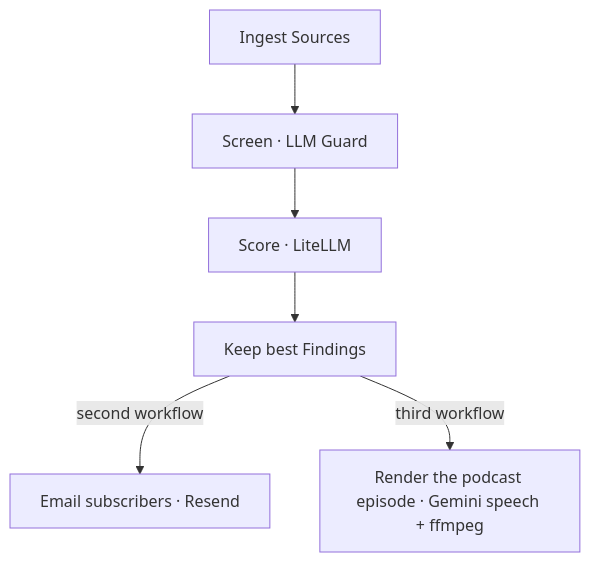
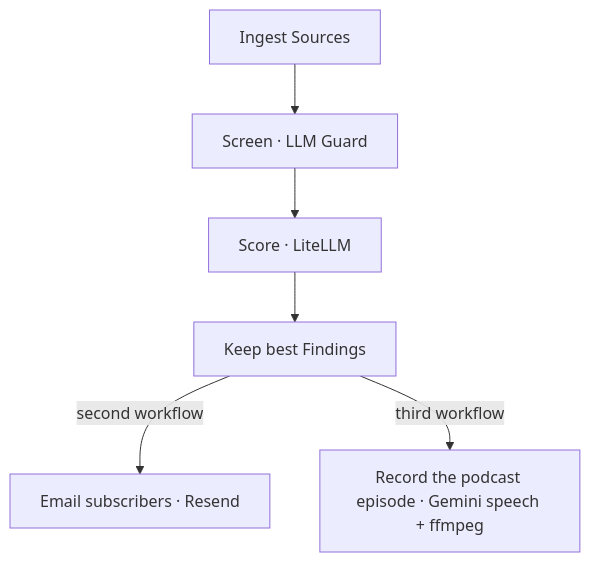
The second of 6 diagrams in README.md (doubleoevan/carlnotes), drawn with Mermaid before and after one commit. The commit also changed other lines of this file and 105 other files, not shown here.

````diff
--- a/README.md
+++ b/README.md
@@ -75,5 +75,5 @@
 ```mermaid
 flowchart
     Ingest[Ingest Sources] --> Screen[Screen · LLM Guard] --> Score[Score · LiteLLM] --> Review[Keep best Findings] -->|second workflow| Email[Email subscribers · Resend]
-    Review -->|third workflow| Episode[Render the podcast episode · Gemini speech + ffmpeg]
+    Review -->|third workflow| Episode[Record the podcast episode · Gemini speech + ffmpeg]
 ```
````
